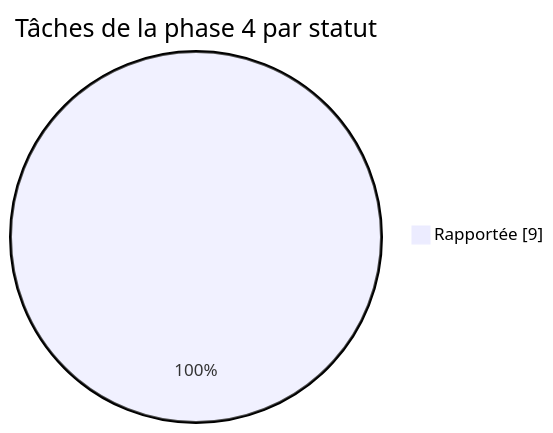
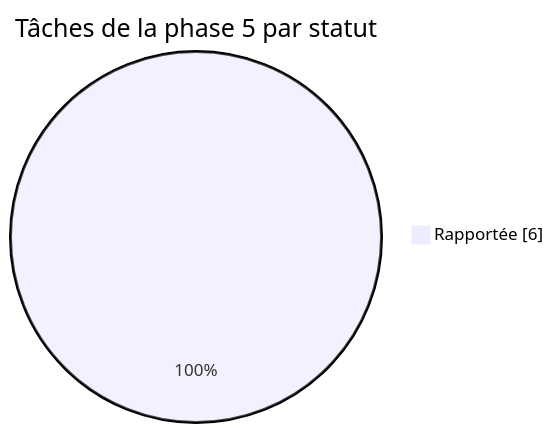
Before and after one commit to lyon32/lyonpanel: the third of 5 diagrams in docs/reports/TABLEAU-DE-BORD.md, drawn with Mermaid. The commit also changed other lines of this file and 40 other files, not shown here.

````diff
--- a/docs/reports/TABLEAU-DE-BORD.md
+++ b/docs/reports/TABLEAU-DE-BORD.md
@@ -81,5 +79,5 @@
 ```mermaid
 pie showData
-  title Tâches de la phase 4 par statut
-  "Rapportée" : 9
+  title Tâches de la phase 5 par statut
+  "Rapportée" : 6
 ```
````
